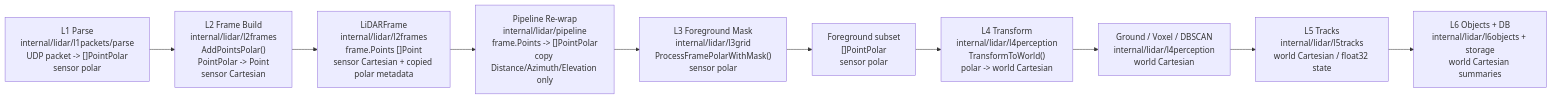
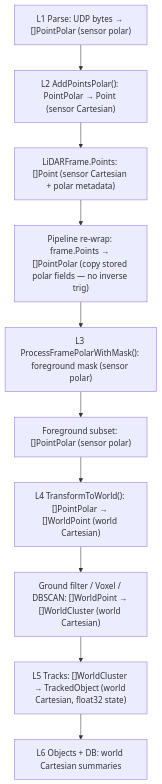
One commit to banshee-data/velocity.report changed the first of 2 diagrams in docs/lidar/architecture/20260311-coordinate-flow-audit.md. Above: the diagram before and after it, drawn with Mermaid. The commit also changed other lines of this file and 13 other files, not shown here.

````diff
--- a/docs/lidar/architecture/20260311-coordinate-flow-audit.md
+++ b/docs/lidar/architecture/20260311-coordinate-flow-audit.md
@@ -35,12 +35,12 @@
 ```mermaid
-flowchart LR
-    A["L1 Parse\ninternal/lidar/l1packets/parse\nUDP packet -> []PointPolar\nsensor polar"] --> B["L2 Frame Build\ninternal/lidar/l2frames\nAddPointsPolar()\nPointPolar -> Point\nsensor Cartesian"]
-    B --> C["LiDARFrame\ninternal/lidar/l2frames\nframe.Points []Point\nsensor Cartesian + copied polar metadata"]
-    C --> D["Pipeline Re-wrap\ninternal/lidar/pipeline\nframe.Points -> []PointPolar\ncopy Distance/Azimuth/Elevation only"]
-    D --> E["L3 Foreground Mask\ninternal/lidar/l3grid\nProcessFramePolarWithMask()\nsensor polar"]
-    E --> F["Foreground subset\n[]PointPolar\nsensor polar"]
-    F --> G["L4 Transform\ninternal/lidar/l4perception\nTransformToWorld()\npolar -> world Cartesian"]
-    G --> H["Ground / Voxel / DBSCAN\ninternal/lidar/l4perception\nworld Cartesian"]
-    H --> I["L5 Tracks\ninternal/lidar/l5tracks\nworld Cartesian / float32 state"]
-    I --> J["L6 Objects + DB\ninternal/lidar/l6objects + storage\nworld Cartesian summaries"]
+flowchart TD
+    A["L1 Parse: UDP bytes → []PointPolar (sensor polar)"] --> B["L2 AddPointsPolar(): PointPolar → Point (sensor Cartesian)"]
+    B --> C["LiDARFrame.Points: []Point (sensor Cartesian + polar metadata)"]
+    C --> D["Pipeline re-wrap: frame.Points → []PointPolar (copy stored polar fields — no inverse trig)"]
+    D --> E["L3 ProcessFramePolarWithMask(): foreground mask (sensor polar)"]
+    E --> F["Foreground subset: []PointPolar (sensor polar)"]
+    F --> G["L4 TransformToWorld(): []PointPolar → []WorldPoint (world Cartesian)"]
+    G --> H["Ground filter / Voxel / DBSCAN: []WorldPoint → []WorldCluster (world Cartesian)"]
+    H --> I["L5 Tracks: []WorldCluster → TrackedObject (world Cartesian, float32 state)"]
+    I --> J["L6 Objects + DB: world Cartesian summaries"]
 ```
````
